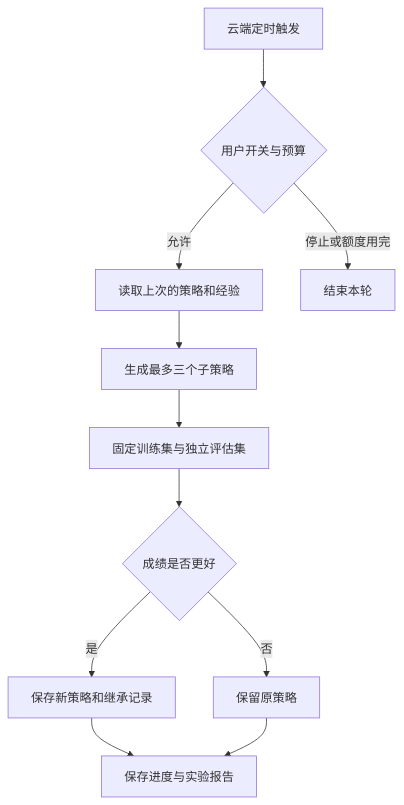
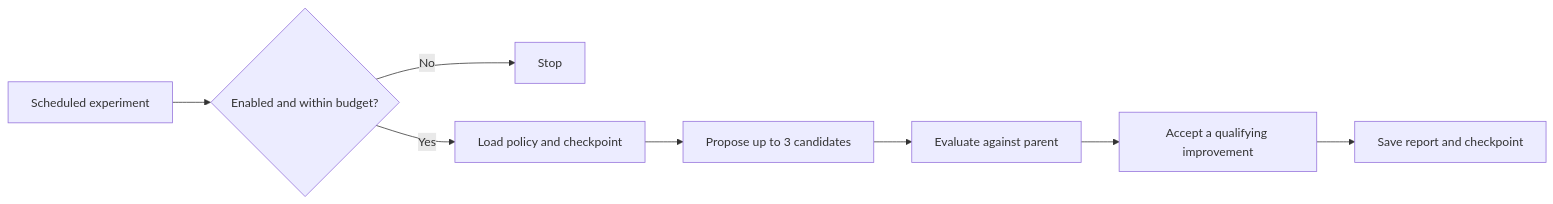
One commit to air158/seed-agent-lab changed the diagram in README.md. Above: the diagram before and after it, drawn with Mermaid. The commit also changed other lines of this file and 8 other files, not shown here.

````diff
--- a/README.md
+++ b/README.md
@@ -9,13 +23,10 @@
 ```mermaid
-flowchart TD
-  A[云端定时触发] --> B{用户开关与预算}
-  B -->|允许| C[读取上次的策略和经验]
-  B -->|停止或额度用完| D[结束本轮]
-  C --> E[生成最多三个子策略]
-  E --> F[固定训练集与独立评估集]
-  F --> G{成绩是否更好}
-  G -->|是| H[保存新策略和继承记录]
-  G -->|否| I[保留原策略]
-  H --> J[保存进度与实验报告]
-  I --> J
+flowchart LR
+  A[Scheduled experiment] --> B{Enabled and within budget?}
+  B -->|No| C[Stop]
+  B -->|Yes| D[Load policy and checkpoint]
+  D --> E[Propose up to 3 candidates]
+  E --> F[Evaluate against parent]
+  F --> G[Accept a qualifying improvement]
+  G --> H[Save report and checkpoint]
 ```
````
